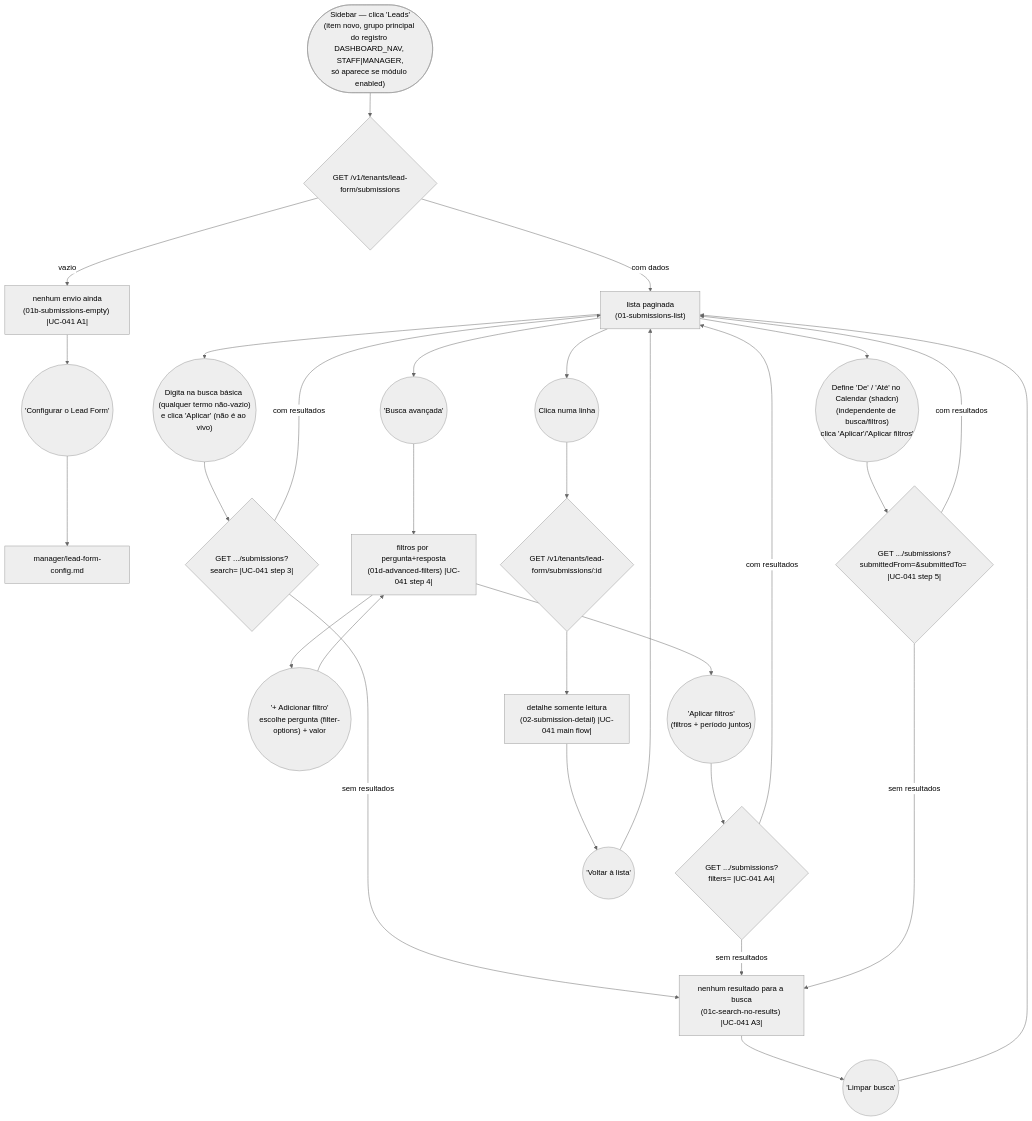
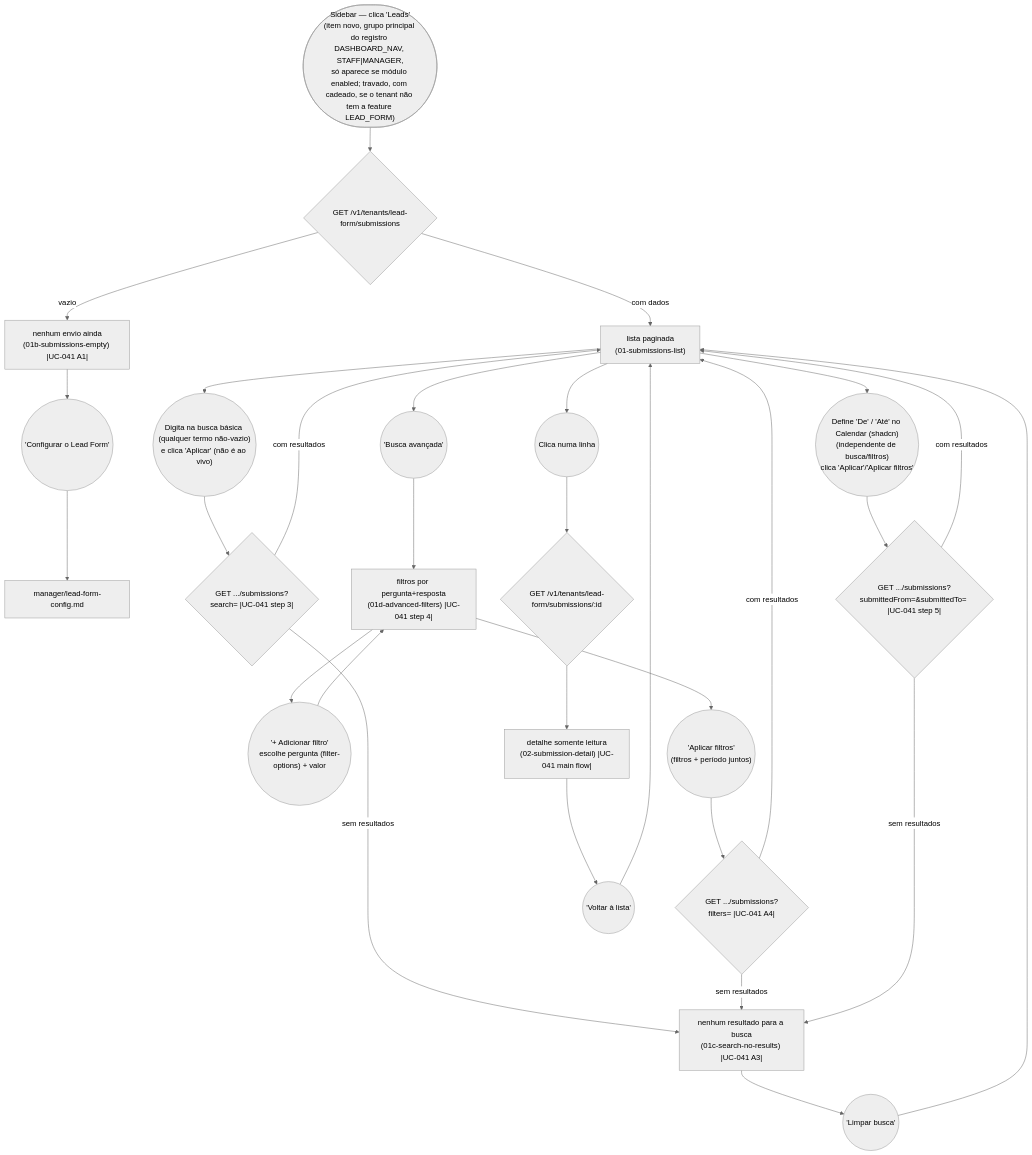
The diagram in journeys/manager/lead-form-submissions.md (lmmoreira/ikaro), drawn with Mermaid (neutral theme) before and after one commit. The commit also changed other lines of this file and 11 other files, not shown here.

````diff
--- a/journeys/manager/lead-form-submissions.md
+++ b/journeys/manager/lead-form-submissions.md
@@ -12,36 +12,36 @@
 ```mermaid
 flowchart TD
-    Start(["Sidebar — clica 'Leads'<br/>(item novo, grupo principal do registro DASHBOARD_NAV, STAFF|MANAGER,<br/>só aparece se módulo enabled)"]) --> List{"GET /v1/tenants/lead-form/submissions"}
+    Start(["Sidebar — clica 'Leads'<br/>(item novo, grupo principal do registro DASHBOARD_NAV, STAFF|MANAGER,<br/>só aparece se módulo enabled; travado, com cadeado, se o tenant não tem a feature LEAD_FORM)"]) --> List{"GET /v1/tenants/lead-form/submissions"}
     List -- "vazio" --> Empty["nenhum envio ainda<br/>(01b-submissions-empty) |UC-041 A1|"]
     List -- "com dados" --> Submissions["lista paginada<br/>(01-submissions-list)"]
 
     Empty --> ToConfig(("'Configurar o Lead Form'"))
     ToConfig --> ConfigJourney["manager/lead-form-config.md"]
 
     Submissions --> TypeSearch(("Digita na busca básica (qualquer termo não-vazio)<br/>e clica 'Aplicar' (não é ao vivo)"))
     TypeSearch --> SearchQuery{"GET .../submissions?search= |UC-041 step 3|"}
     SearchQuery -- "sem resultados" --> NoResults["nenhum resultado para a busca<br/>(01c-search-no-results) |UC-041 A3|"]
     SearchQuery -- "com resultados" --> Submissions
     NoResults --> ClearSearch(("'Limpar busca'"))
     ClearSearch --> Submissions
 
     Submissions --> OpenAdvanced(("'Busca avançada'"))
     OpenAdvanced --> Advanced["filtros por pergunta+resposta<br/>(01d-advanced-filters) |UC-041 step 4|"]
     Advanced --> AddFilterRow(("'+ Adicionar filtro'<br/>escolhe pergunta (filter-options) + valor"))
     AddFilterRow --> Advanced
     Advanced --> ApplyFilters(("'Aplicar filtros'<br/>(filtros + período juntos)"))
     ApplyFilters --> FiltersQuery{"GET .../submissions?filters= |UC-041 A4|"}
     FiltersQuery -- "sem resultados" --> NoResults
     FiltersQuery -- "com resultados" --> Submissions
 
     Submissions --> SetDateRange(("Define 'De' / 'Até' no Calendar (shadcn)<br/>(independente de busca/filtros)<br/>clica 'Aplicar'/'Aplicar filtros'"))
     SetDateRange --> DateRangeQuery{"GET .../submissions?submittedFrom=&submittedTo= |UC-041 step 5|"}
     DateRangeQuery -- "sem resultados" --> NoResults
     DateRangeQuery -- "com resultados" --> Submissions
 
     Submissions --> ClickRow(("Clica numa linha"))
     ClickRow --> Detail{"GET /v1/tenants/lead-form/submissions/:id"}
     Detail --> Detail2["detalhe somente leitura<br/>(02-submission-detail) |UC-041 main flow|"]
     Detail2 --> Back(("'Voltar à lista'"))
     Back --> Submissions
 ```
````
